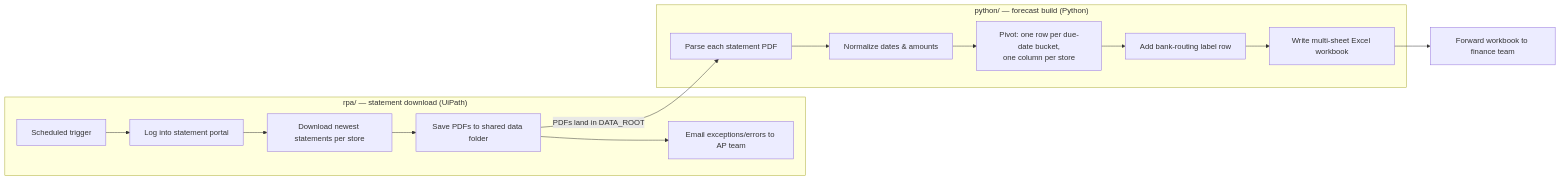
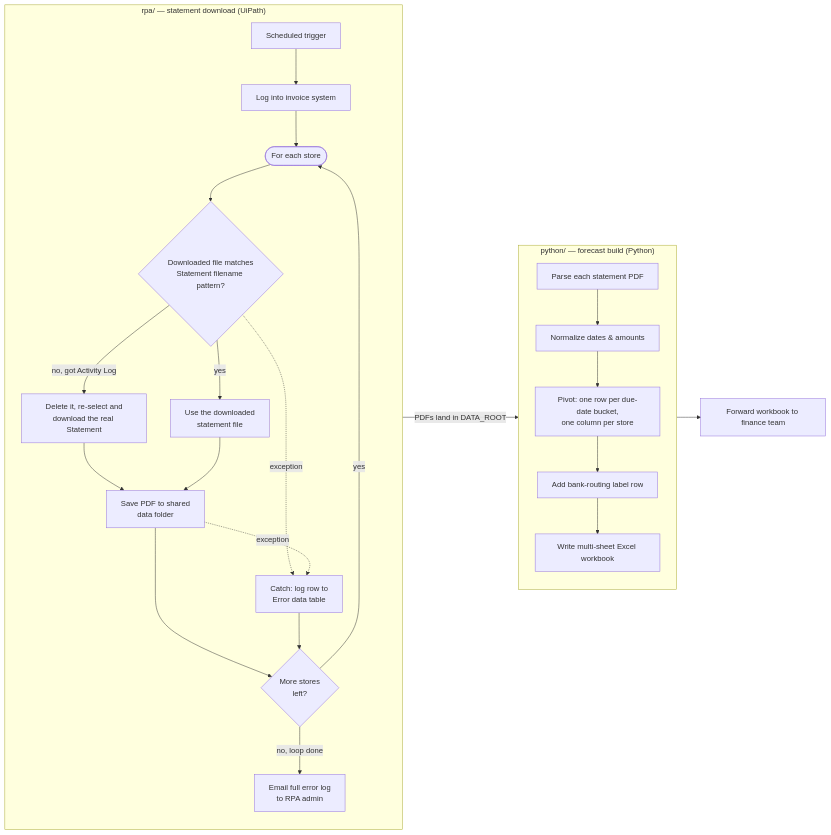
One commit to DanielxPan/ap-forecast-pipeline changed the diagram in README.md. Above: the diagram before and after it, drawn with Mermaid. The commit also changed other lines of this file and 1 other file, not shown here.

Commit message:
Correct RPA architecture diagram to match actual error-handling flow
The invoice system lists the real statement and its Account Activity
Listing under the same name, so the robot can't tell them apart before
downloading; it disambiguates by filename pattern afterward and
re-selects the real statement if it got the wrong one. Per-store
failures are logged to an in-memory error table and the loop continues,
with one summary email sent to the RPA admin after the whole run
finishes rather than per-failure.

Claude-Session: https://claude.ai/code/session_013XR4BvihB3wdFMUeKKbsvM

````diff
--- a/README.md
+++ b/README.md
@@ -29,19 +29,30 @@
 ```mermaid
 flowchart LR
     subgraph RPA["rpa/ — statement download (UiPath)"]
-        A[Scheduled trigger] --> B[Log into statement portal]
-        B --> C[Download newest statements per store]
-        C --> D[Save PDFs to shared data folder]
-        D --> E[Email exceptions/errors to AP team]
+        direction TB
+        A[Scheduled trigger] --> B[Log into invoice system]
+        B --> C(["For each store"])
+        C --> D{"Downloaded file matches<br/>Statement filename pattern?"}
+        D -->|no, got Activity Log| D1[Delete it, re-select and<br/>download the real Statement]
+        D -->|yes| D2[Use the downloaded<br/>statement file]
+        D1 --> E[Save PDF to shared<br/>data folder]
+        D2 --> E
+        D -. exception .-> F[Catch: log row to<br/>Error data table]
+        E -. exception .-> F
+        E --> G{More stores<br/>left?}
+        F --> G
+        G -->|yes| C
+        G -->|no, loop done| H[Email full error log<br/>to RPA admin]
     end
 
     subgraph PY["python/ — forecast build (Python)"]
-        F[Parse each statement PDF] --> G[Normalize dates & amounts]
-        G --> H[Pivot: one row per due-date bucket,<br/>one column per store]
-        H --> I[Add bank-routing label row]
-        I --> J[Write multi-sheet Excel workbook]
+        direction TB
+        I[Parse each statement PDF] --> J[Normalize dates & amounts]
+        J --> K[Pivot: one row per due-date bucket,<br/>one column per store]
+        K --> L[Add bank-routing label row]
+        L --> M[Write multi-sheet Excel workbook]
     end
 
-    D -->|PDFs land in DATA_ROOT| F
-    J --> K[Forward workbook to finance team]
+    E -->|PDFs land in DATA_ROOT| I
+    M --> N[Forward workbook to finance team]
 ```
````
